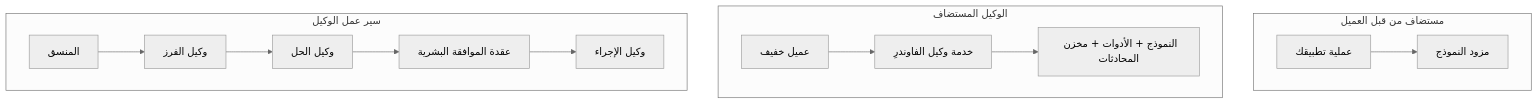
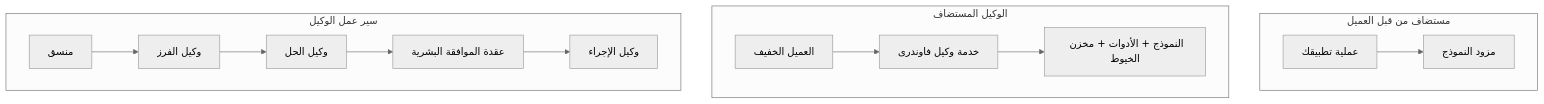
The first of 4 diagrams in translations/ar/16-deploying-scalable-agents/README.md (microsoft/ai-agents-for-beginners), drawn with Mermaid (neutral theme) before and after one commit. The commit also changed other lines of this file and 47 other files, not shown here.

````diff
--- a/translations/ar/16-deploying-scalable-agents/README.md
+++ b/translations/ar/16-deploying-scalable-agents/README.md
@@ -87,16 +87,16 @@
 ```mermaid
 flowchart TB
     subgraph P1[مستضاف من قبل العميل]
         A1[عملية تطبيقك] --> M1[مزود النموذج]
     end
     subgraph P2[الوكيل المستضاف]
-        A2[عميل خفيف] --> F2[خدمة وكيل الفاوندرِ]
-        F2 --> M2[النموذج + الأدوات + مخزن المحادثات]
+        A2[العميل الخفيف] --> F2[خدمة وكيل فاوندرى]
+        F2 --> M2[النموذج + الأدوات + مخزن الخيوط]
     end
     subgraph P3[سير عمل الوكيل]
-        A3[المنسق] --> S1[وكيل الفرز]
+        A3[منسق] --> S1[وكيل الفرز]
         S1 --> S2[وكيل الحل]
         S2 --> H[عقدة الموافقة البشرية]
         H --> S3[وكيل الإجراء]
     end
 ```
````
